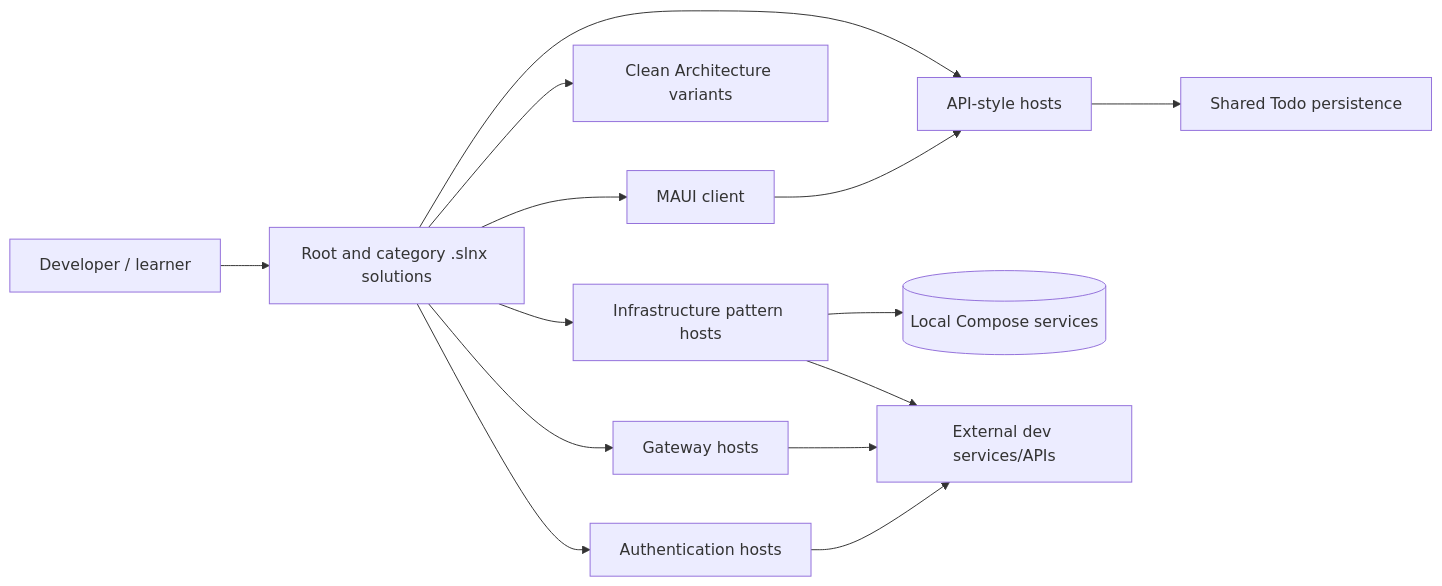
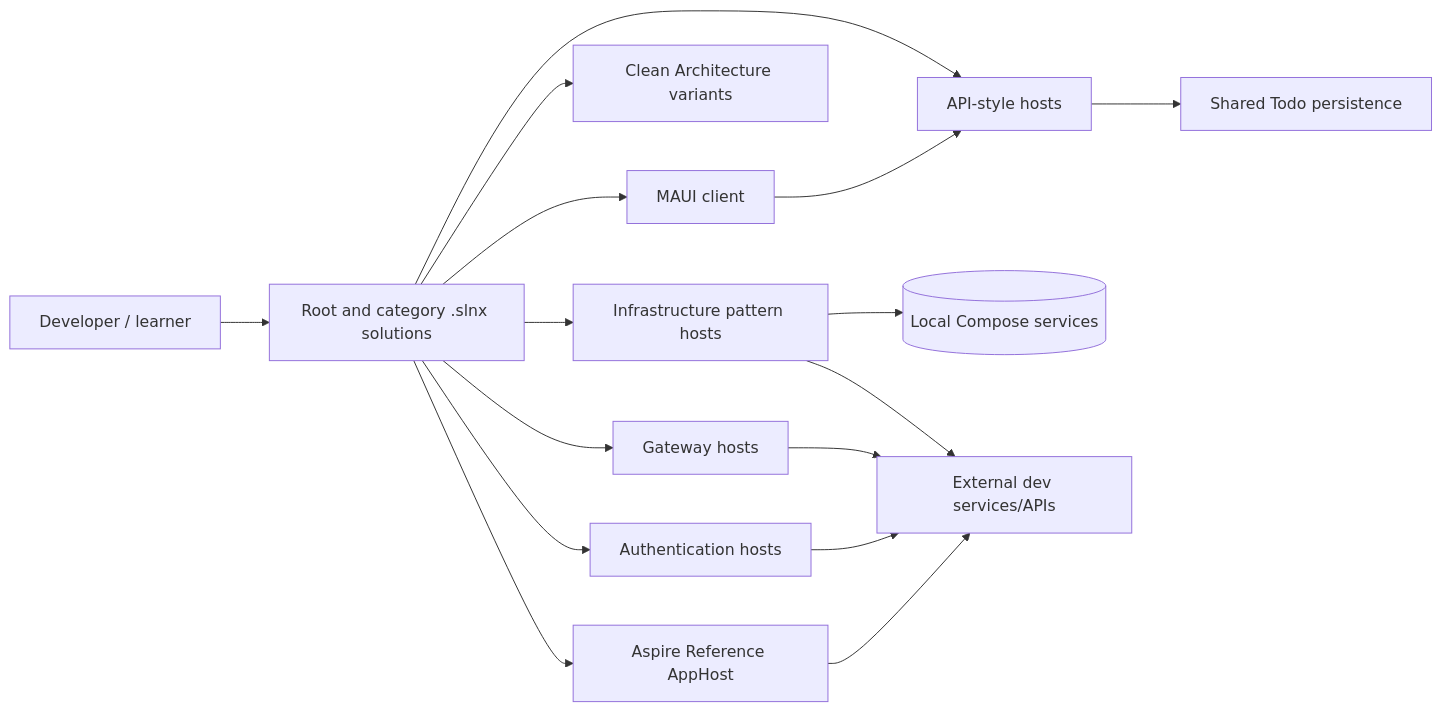
One commit to VishwamKumar/zenvera.dotnet-examples changed the diagram in docs/architecture/c4/level-2-container.md. Above: the diagram before and after it, drawn with Mermaid. The commit also changed other lines of this file and 99 other files, not shown here.

````diff
--- a/docs/architecture/c4/level-2-container.md
+++ b/docs/architecture/c4/level-2-container.md
@@ -5,28 +5,31 @@
 ```mermaid
 flowchart LR
   Learner[Developer / learner]
   Solution[Root and category .slnx solutions]
   Api[API-style hosts]
   Auth[Authentication hosts]
   Arch[Clean Architecture variants]
   Infra[Infrastructure pattern hosts]
   Gateway[Gateway hosts]
   UI[MAUI client]
+  Reference[Aspire Reference AppHost]
   Shared[Shared Todo persistence]
   Local[(Local Compose services)]
   External[External dev services/APIs]
 
   Learner --> Solution
   Solution --> Api
   Solution --> Auth
   Solution --> Arch
   Solution --> Infra
   Solution --> Gateway
   Solution --> UI
+  Solution --> Reference
   Api --> Shared
   UI --> Api
   Infra --> Local
   Infra --> External
   Gateway --> External
   Auth --> External
+  Reference --> External
 ```
````
